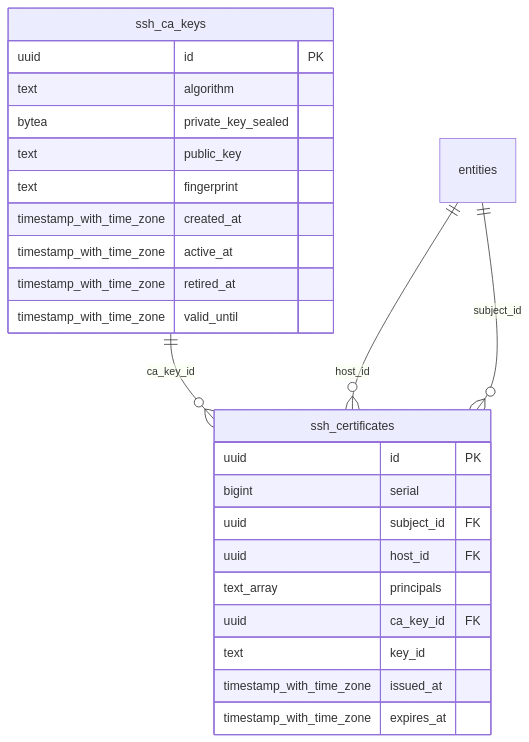
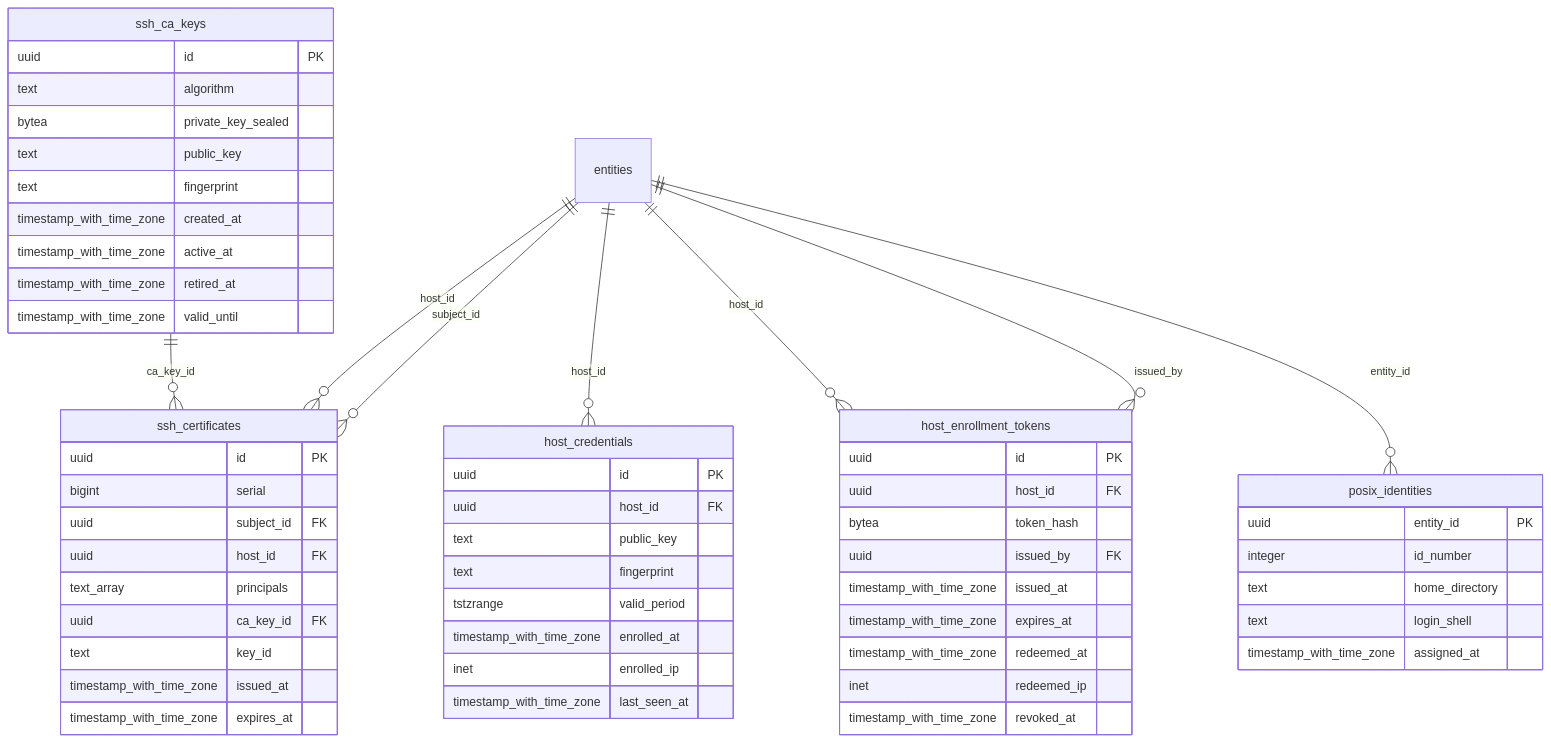
Before and after one commit to Londer-Org/Cardinal: the seventh of 7 diagrams in docs/schema.md, drawn with Mermaid. The commit also changed other lines of this file and 19 other files, not shown here.

````diff
--- a/docs/schema.md
+++ b/docs/schema.md
@@ -666,28 +666,60 @@
 ```mermaid
 erDiagram
+    host_credentials {
+        uuid id PK
+        uuid host_id FK
+        text public_key
+        text fingerprint
+        tstzrange valid_period
+        timestamp_with_time_zone enrolled_at
+        inet enrolled_ip
+        timestamp_with_time_zone last_seen_at
+    }
+    host_enrollment_tokens {
+        uuid id PK
+        uuid host_id FK
+        bytea token_hash
+        uuid issued_by FK
+        timestamp_with_time_zone issued_at
+        timestamp_with_time_zone expires_at
+        timestamp_with_time_zone redeemed_at
+        inet redeemed_ip
+        timestamp_with_time_zone revoked_at
+    }
+    posix_identities {
+        uuid entity_id PK
+        integer id_number
+        text home_directory
+        text login_shell
+        timestamp_with_time_zone assigned_at
+    }
     ssh_ca_keys {
         uuid id PK
         text algorithm
         bytea private_key_sealed
         text public_key
         text fingerprint
         timestamp_with_time_zone created_at
         timestamp_with_time_zone active_at
         timestamp_with_time_zone retired_at
         timestamp_with_time_zone valid_until
     }
     ssh_certificates {
         uuid id PK
         bigint serial
         uuid subject_id FK
         uuid host_id FK
         text_array principals
         uuid ca_key_id FK
         text key_id
         timestamp_with_time_zone issued_at
         timestamp_with_time_zone expires_at
     }
+    entities ||--o{ host_credentials : host_id
+    entities ||--o{ host_enrollment_tokens : host_id
+    entities ||--o{ host_enrollment_tokens : issued_by
+    entities ||--o{ posix_identities : entity_id
     ssh_ca_keys ||--o{ ssh_certificates : ca_key_id
     entities ||--o{ ssh_certificates : host_id
     entities ||--o{ ssh_certificates : subject_id
 ```
````
